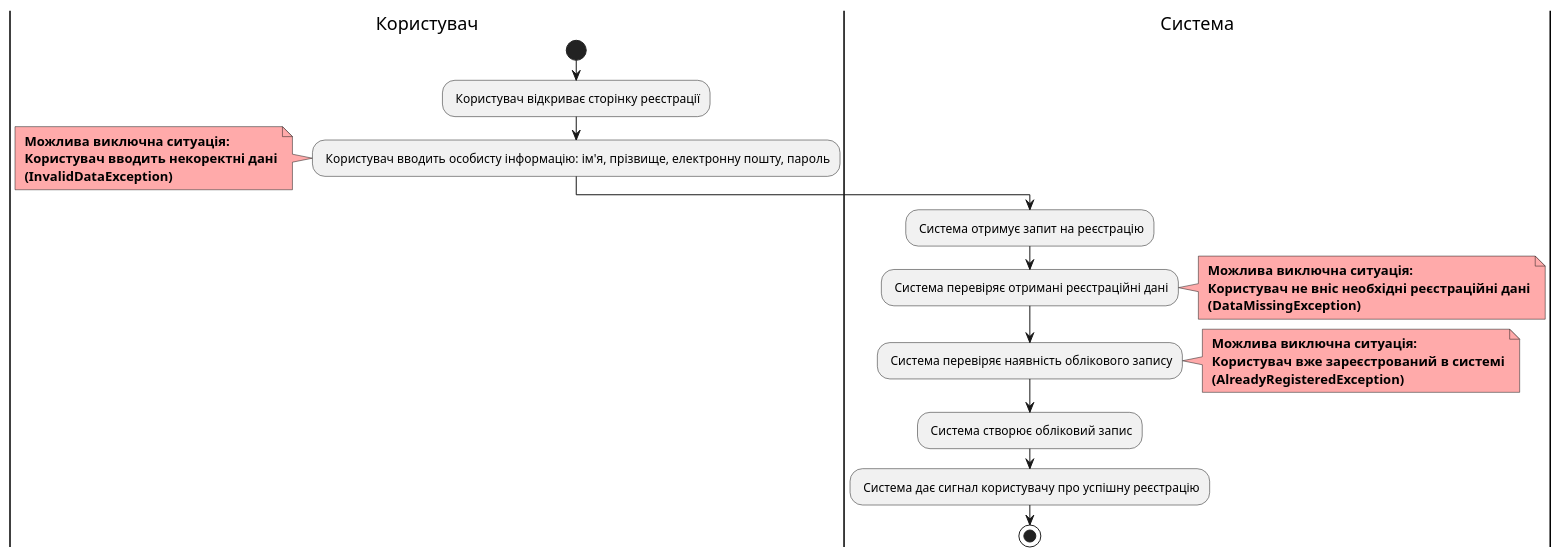
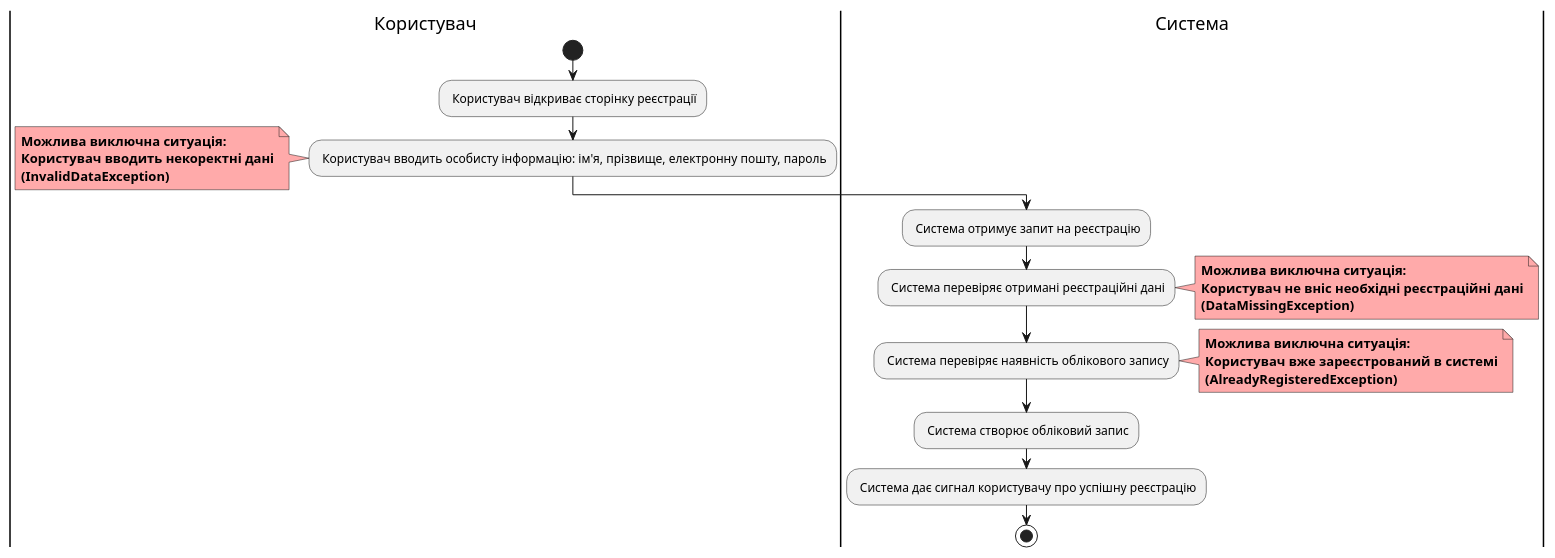
One commit to semenyaka08/media-content-api changed the fifth of 12 diagrams in docs/use cases/README.md. Above: the diagram before and after it, drawn with PlantUML. The commit also changed other lines of this file, not shown here.

```diff
--- a/docs/use cases/README.md
+++ b/docs/use cases/README.md
@@ -153,31 +153,31 @@
 @startuml
 
 |Користувач| 
 start
 : Користувач відкриває сторінку реєстрації;
 : Користувач вводить особисту інформацію: ім'я, прізвище, електронну пошту, пароль;
 note left #ffaaaa
-<b> Можлива виключна ситуація:
-<b> Користувач вводить некоректні дані
-<b> (InvalidDataException)
+    <b>Можлива виключна ситуація:</b>
+    <b>Користувач вводить некоректні дані</b>
+    <b>(InvalidDataException)</b>
 end note
 
 |Система|
 : Система отримує запит на реєстрацію;
 : Система перевіряє отримані реєстраційні дані;
 note right #ffaaaa
-<b> Можлива виключна ситуація:
-<b> Користувач не вніс необхідні реєстраційні дані
-<b> (DataMissingException)
+    <b>Можлива виключна ситуація:</b>
+    <b>Користувач не вніс необхідні реєстраційні дані</b>
+    <b>(DataMissingException)</b>
 end note
 : Система перевіряє наявність облікового запису;
 note right #ffaaaa
-<b> Можлива виключна ситуація:
-<b> Користувач вже зареєстрований в системі
-<b> (AlreadyRegisteredException)
+    <b>Можлива виключна ситуація:</b>
+    <b>Користувач вже зареєстрований в системі</b>
+    <b>(AlreadyRegisteredException)</b>
 end note
 : Система створює обліковий запис;
 : Система дає сигнал користувачу про успішну реєстрацію;
 stop
 
 @enduml
```
